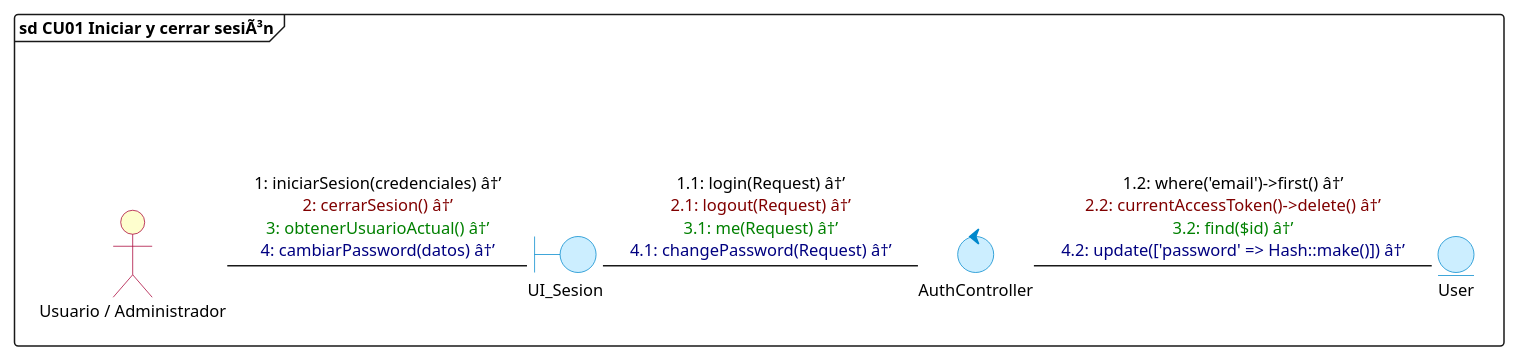
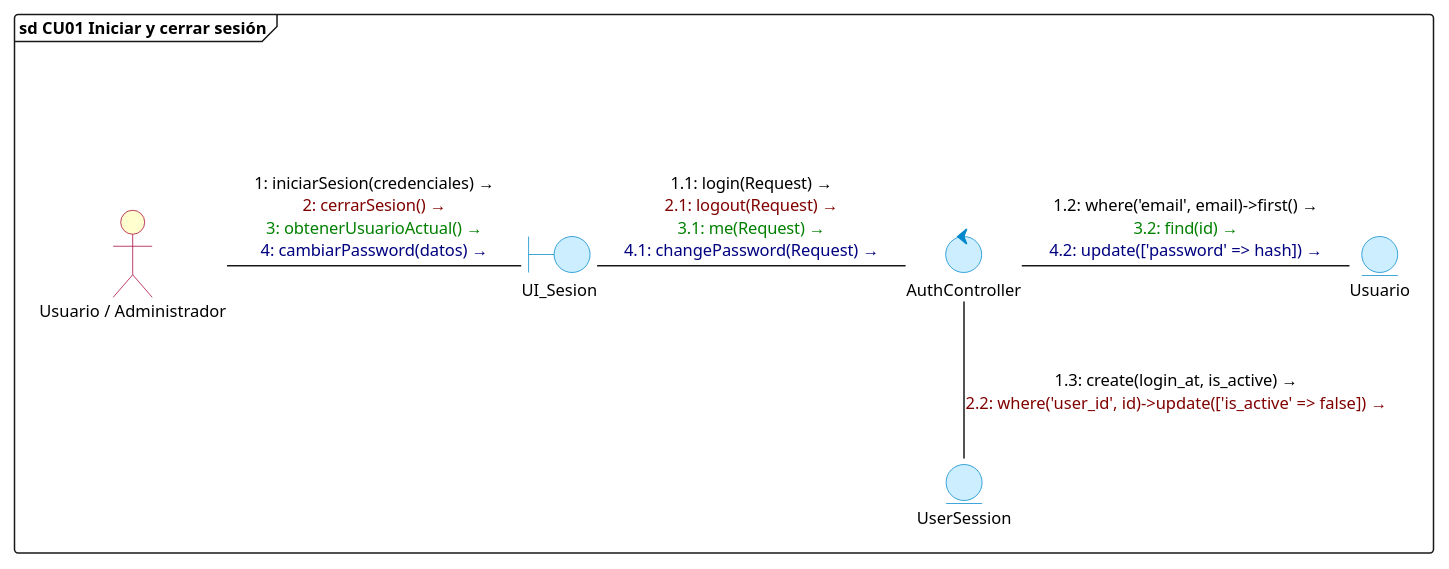
Before and after one commit to DiogoMars777/TELCOM-2.0: the first of 17 diagrams in diagramas/comunicacion/diagramas_comunicacion_todos_cu.puml, drawn with PlantUML. The commit also changed other lines of this file and 16 other files, not shown here.

Commit message:
docs: actualizar diagramas de comunicacion CU01 al CU17 con modelos y tablas canonicas de BD

```diff
--- a/diagramas/comunicacion/diagramas_comunicacion_todos_cu.puml
+++ b/diagramas/comunicacion/diagramas_comunicacion_todos_cu.puml
@@ -6,31 +7,34 @@
 @startuml cu01_iniciar_cerrar_sesion
 skinparam backgroundColor white
 skinparam defaultFontName "Segoe UI"
 skinparam defaultFontSize 11
 skinparam interfaceBackgroundColor transparent
 skinparam interfaceBorderColor transparent
 skinparam actorBackgroundColor #FEFECE
 skinparam actorBorderColor #A80036
 skinparam boundaryBackgroundColor #CCEEFF
 skinparam boundaryBorderColor #0088CC
 skinparam controlBackgroundColor #CCEEFF
 skinparam controlBorderColor #0088CC
 skinparam entityBackgroundColor #CCEEFF
 skinparam entityBorderColor #0088CC
 
-frame "sd CU01 Iniciar y cerrar sesiÃ³n" {
+frame "sd CU01 Iniciar y cerrar sesión" {
     () " " as spacer
-    actor "Usuario / Administrador" as Usuario
+    actor "Usuario / Administrador" as UsuarioActor
     boundary UI_Sesion
     control AuthController
-    entity User
+    entity Usuario
+    entity UserSession
 
-    spacer -[hidden]down- Usuario
+    spacer -[hidden]down- UsuarioActor
 
-    Usuario -right- UI_Sesion : <font color=#000000>1: iniciarSesion(credenciales) â†’</font>\n<font color=#800000>2: cerrarSesion() â†’</font>\n<font color=#008000>3: obtenerUsuarioActual() â†’</font>\n<font color=#000080>4: cambiarPassword(datos) â†’</font>
+    UsuarioActor -right- UI_Sesion : <font color=#000000>1: iniciarSesion(credenciales) →</font>\n<font color=#800000>2: cerrarSesion() →</font>\n<font color=#008000>3: obtenerUsuarioActual() →</font>\n<font color=#000080>4: cambiarPassword(datos) →</font>
 
-    UI_Sesion -right- AuthController : <font color=#000000>1.1: login(Request) â†’</font>\n<font color=#800000>2.1: logout(Request) â†’</font>\n<font color=#008000>3.1: me(Request) â†’</font>\n<font color=#000080>4.1: changePassword(Request) â†’</font>
+    UI_Sesion -right- AuthController : <font color=#000000>1.1: login(Request) →</font>\n<font color=#800000>2.1: logout(Request) →</font>\n<font color=#008000>3.1: me(Request) →</font>\n<font color=#000080>4.1: changePassword(Request) →</font>
 
-    AuthController -right- User : <font color=#000000>1.2: where('email')->first() â†’</font>\n<font color=#800000>2.2: currentAccessToken()->delete() â†’</font>\n<font color=#008000>3.2: find($id) â†’</font>\n<font color=#000080>4.2: update(['password' => Hash::make()]) â†’</font>
+    AuthController -right- Usuario : <font color=#000000>1.2: where('email', email)->first() →</font>\n<font color=#008000>3.2: find(id) →</font>\n<font color=#000080>4.2: update(['password' => hash]) →</font>
+
+    AuthController -down- UserSession : <font color=#000000>1.3: create(login_at, is_active) →</font>\n<font color=#800000>2.2: where('user_id', id)->update(['is_active' => false]) →</font>
 }
 @enduml
```
